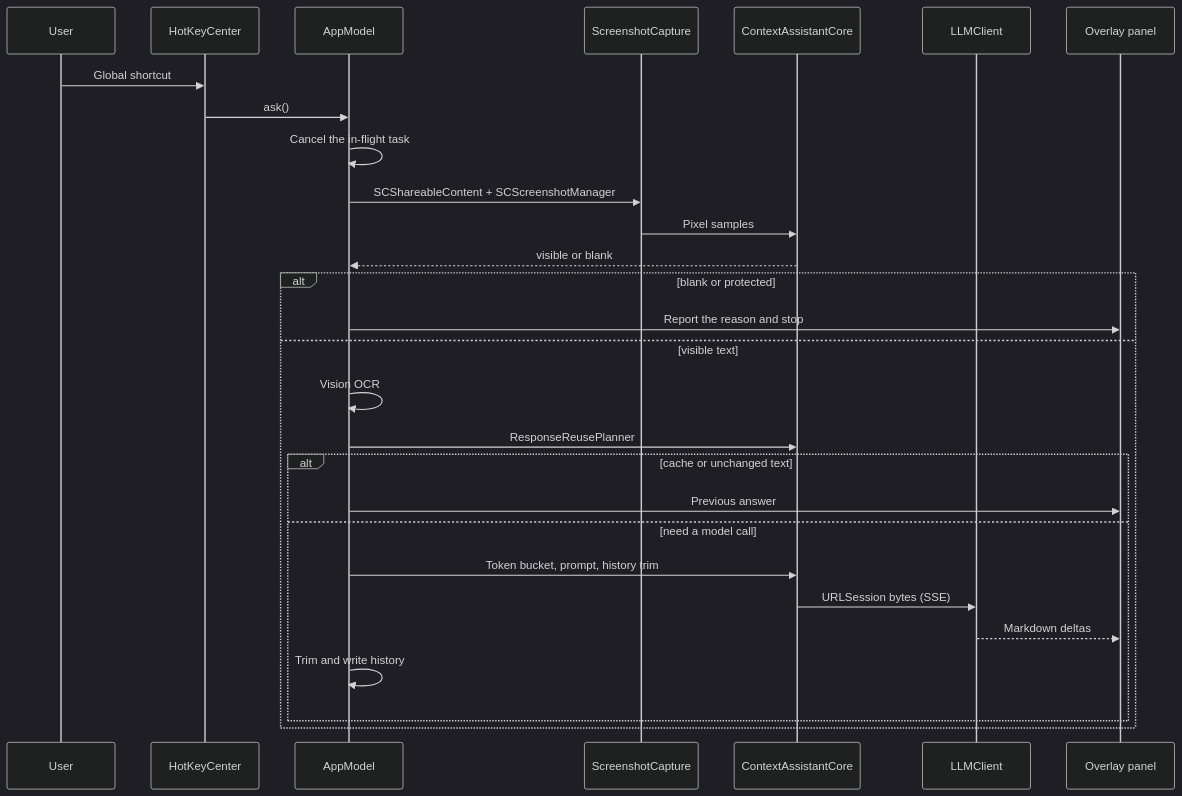
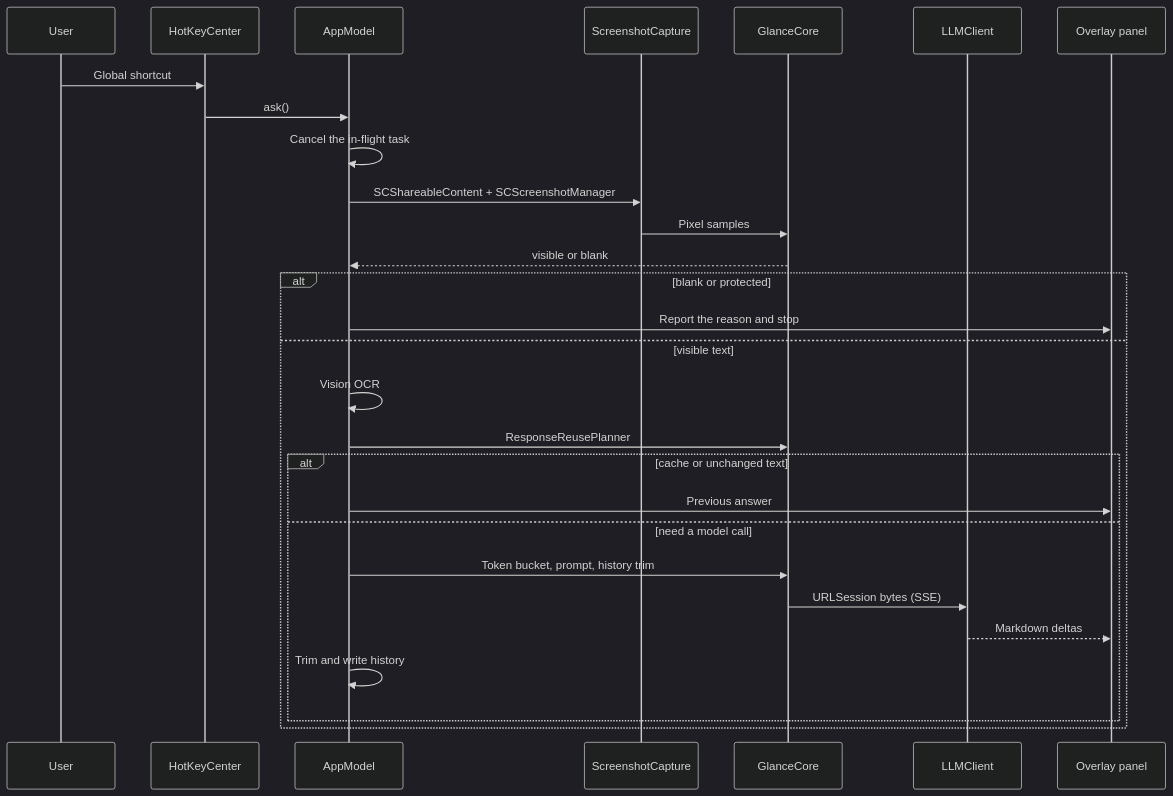
The diagram in ARCHITECTURE.md (codyrchen/glance), drawn with Mermaid (dark theme) before and after one commit. The commit also changed other lines of this file and 40 other files, not shown here.

First line of the commit message:
Rename Context Assistant to Glance.

````diff
--- a/ARCHITECTURE.md
+++ b/ARCHITECTURE.md
@@ -31,31 +31,31 @@
 ```mermaid
 sequenceDiagram
     participant User
     participant Hotkey as HotKeyCenter
     participant UI as AppModel
     participant Cap as ScreenshotCapture
-    participant Core as ContextAssistantCore
+    participant Core as GlanceCore
     participant LLM as LLMClient
     participant Panel as Overlay panel
 
     User->>Hotkey: Global shortcut
     Hotkey->>UI: ask()
     UI->>UI: Cancel the in-flight task
     UI->>Cap: SCShareableContent + SCScreenshotManager
     Cap->>Core: Pixel samples
     Core-->>UI: visible or blank
     alt blank or protected
         UI->>Panel: Report the reason and stop
     else visible text
         UI->>UI: Vision OCR
         UI->>Core: ResponseReusePlanner
         alt cache or unchanged text
             UI->>Panel: Previous answer
         else need a model call
             UI->>Core: Token bucket, prompt, history trim
             Core->>LLM: URLSession bytes (SSE)
             LLM-->>Panel: Markdown deltas
             UI->>UI: Trim and write history
         end
     end
 ```
````
